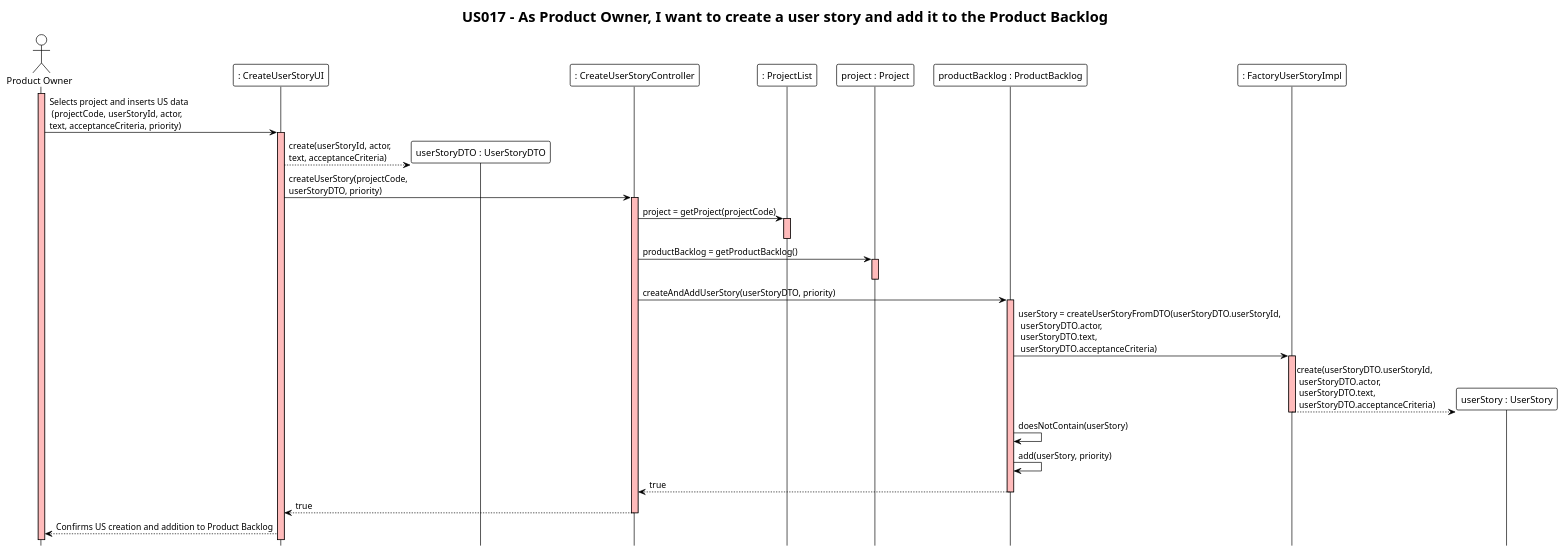
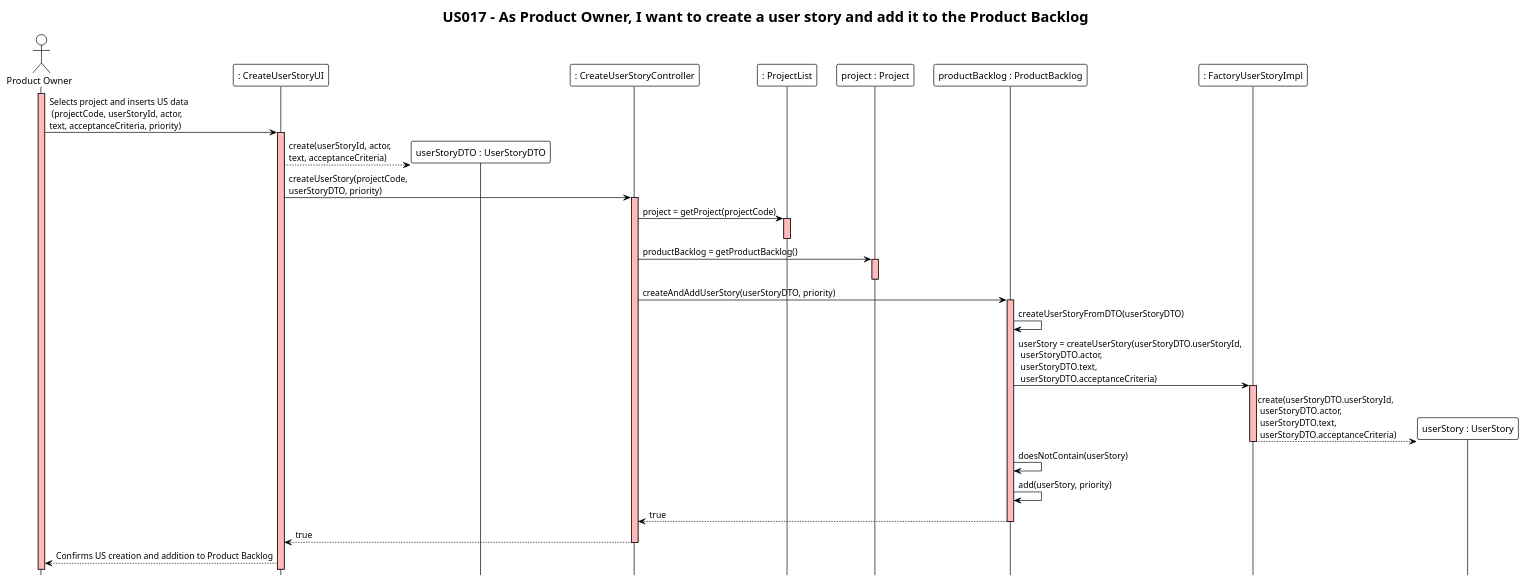
One commit to ivo-menezes/project_g3 changed the diagram in docs/modelling_design/user_stories/us017/US017_CreateUserStorySD.puml. Above: the diagram before and after it, drawn with PlantUML.

Commit message:
US017: Design: update SD (add createUserStoryFromDTO method call)

```diff
--- a/docs/modelling_design/user_stories/us017/US017_CreateUserStorySD.puml
+++ b/docs/modelling_design/user_stories/us017/US017_CreateUserStorySD.puml
@@ -1,56 +1,57 @@
 @startuml
 !theme plain
 hide footbox
 title "US017 - As Product Owner, I want to create a user story and add it to the Product Backlog"
 
 actor "Product Owner" as user
 participant ": CreateUserStoryUI" as UI
 participant "userStoryDTO : UserStoryDTO" as dto
 participant ": CreateUserStoryController" as Controller
 participant ": ProjectList" as ProjectList
 participant "project : Project" as Project
 participant "productBacklog : ProductBacklog" as ProductBacklog
 participant ": FactoryUserStoryImpl" as Factory
 participant "userStory : UserStory" as UserStory
 
 
 activate user #FFBBBB
 user ->  UI: Selects project and inserts US data\n (projectCode, userStoryId, actor, \ntext, acceptanceCriteria, priority)
 
 activate UI #FFBBBB
 UI --> dto ** : create(userStoryId, actor, \ntext, acceptanceCriteria)
 UI -> Controller: createUserStory(projectCode, \nuserStoryDTO, priority)
 
 activate Controller #FFBBBB
 Controller -> ProjectList: project = getProject(projectCode)
 
 activate ProjectList #FFBBBB
 deactivate
 
 Controller -> Project : productBacklog = getProductBacklog()
 
 activate Project #FFBBBB
 deactivate
 
 Controller -> ProductBacklog : createAndAddUserStory(userStoryDTO, priority)
 
 activate ProductBacklog #FFBBBB
-ProductBacklog -> Factory : userStory = createUserStoryFromDTO(userStoryDTO.userStoryId,\n userStoryDTO.actor,\n userStoryDTO.text,\n userStoryDTO.acceptanceCriteria)
+ProductBacklog -> ProductBacklog : createUserStoryFromDTO(userStoryDTO)
+ProductBacklog -> Factory : userStory = createUserStory(userStoryDTO.userStoryId,\n userStoryDTO.actor,\n userStoryDTO.text,\n userStoryDTO.acceptanceCriteria)
 
 activate Factory #FFBBBB
 Factory --> UserStory ** : create(userStoryDTO.userStoryId,\n userStoryDTO.actor,\n userStoryDTO.text,\n userStoryDTO.acceptanceCriteria)
 deactivate Factory
 
 ProductBacklog -> ProductBacklog : doesNotContain(userStory)
 ProductBacklog -> ProductBacklog : add(userStory, priority)
 
 ProductBacklog --> Controller : true
 deactivate
 
 Controller --> UI : true
 deactivate
 
 UI --> user : Confirms US creation and addition to Product Backlog
 
 
 @enduml
```
